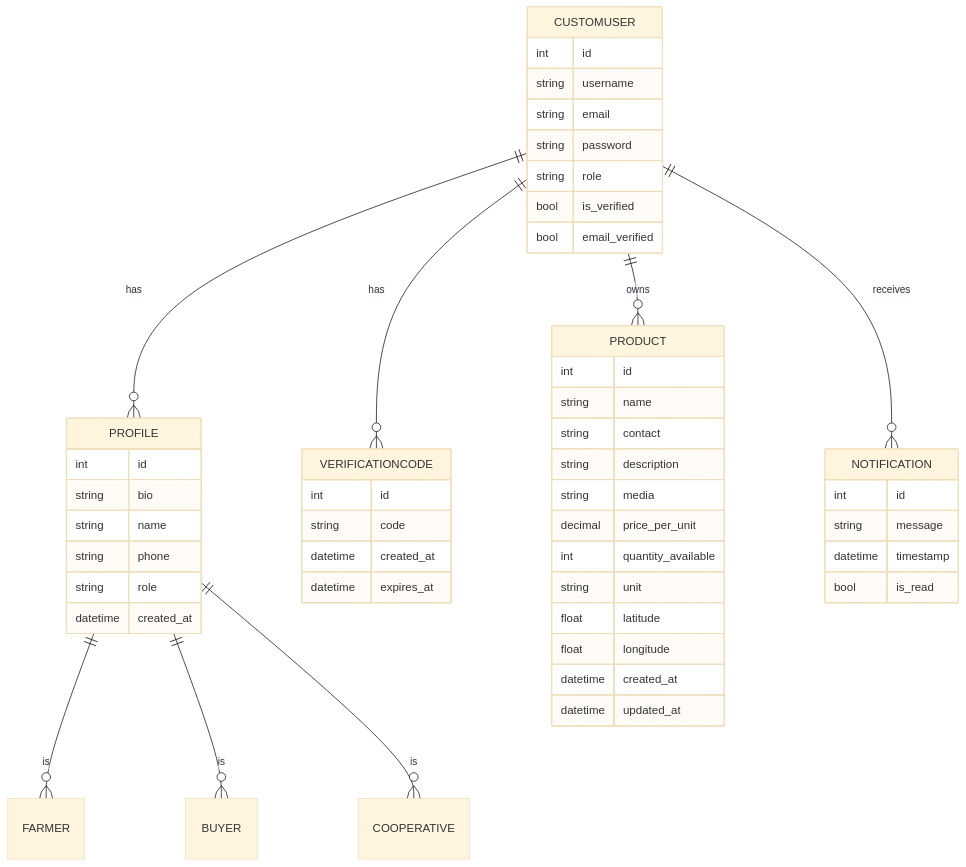
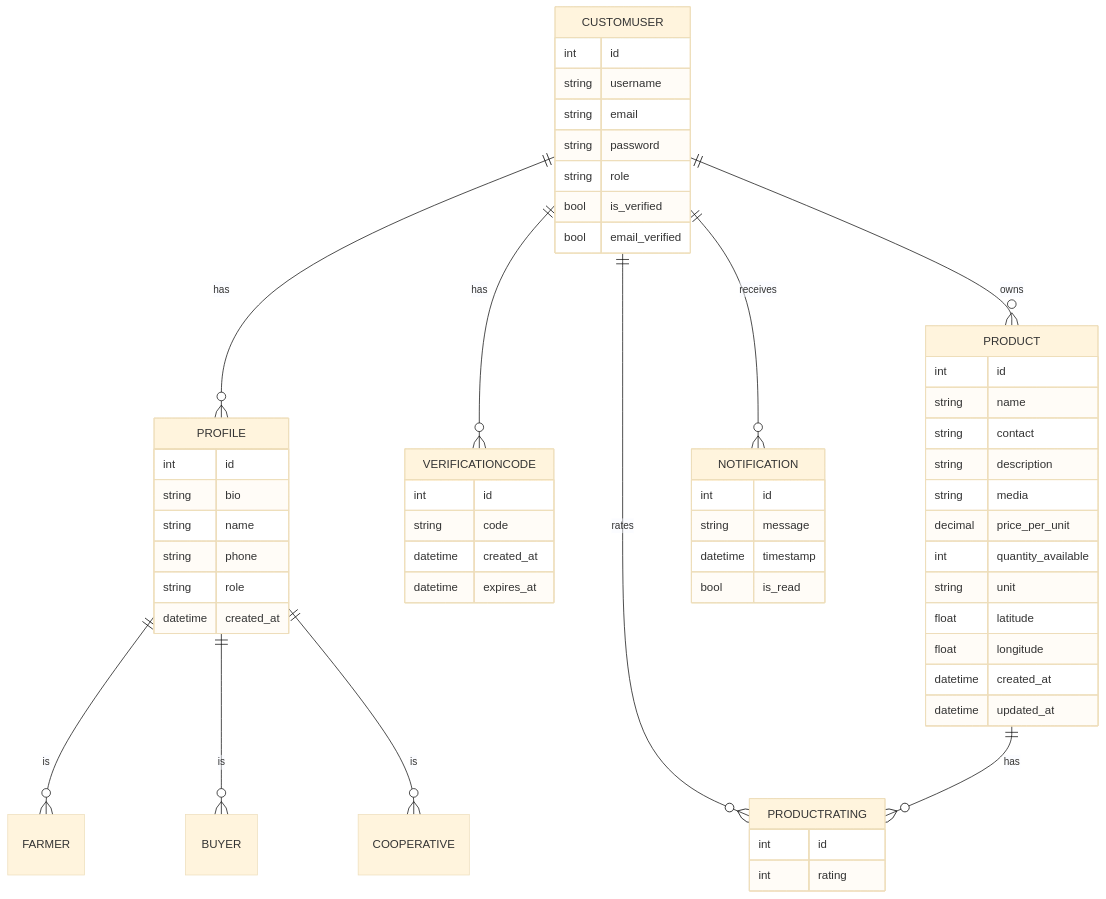
The first of 2 diagrams in README.md (RangiraDave/AgriConnect), drawn with Mermaid (base theme) before and after one commit. The commit also changed other lines of this file and 14 other files, not shown here.

````diff
--- a/README.md
+++ b/README.md
@@ -60,53 +66,59 @@
 ```mermaid
 erDiagram
     CUSTOMUSER {
         int id
         string username
         string email
         string password
         string role
         bool is_verified
         bool email_verified
     }
     PROFILE {
         int id
         string bio
         string name
         string phone
         string role
         datetime created_at
     }
     VERIFICATIONCODE {
         int id
         string code
         datetime created_at
         datetime expires_at
     }
     PRODUCT {
         int id
         string name
         string contact
         string description
         string media
         decimal price_per_unit
         int quantity_available
         string unit
         float latitude
         float longitude
         datetime created_at
         datetime updated_at
     }
     NOTIFICATION {
         int id
         string message
         datetime timestamp
         bool is_read
     }
+    PRODUCTRATING {
+        int id
+        int rating
+    }
     CUSTOMUSER ||--o{ PROFILE : has
     CUSTOMUSER ||--o{ VERIFICATIONCODE : has
     CUSTOMUSER ||--o{ PRODUCT : owns
     CUSTOMUSER ||--o{ NOTIFICATION : receives
+    CUSTOMUSER ||--o{ PRODUCTRATING : rates
     PROFILE ||--o{ FARMER : is
     PROFILE ||--o{ BUYER : is
     PROFILE ||--o{ COOPERATIVE : is
+    PRODUCT ||--o{ PRODUCTRATING : has
 ```
````
